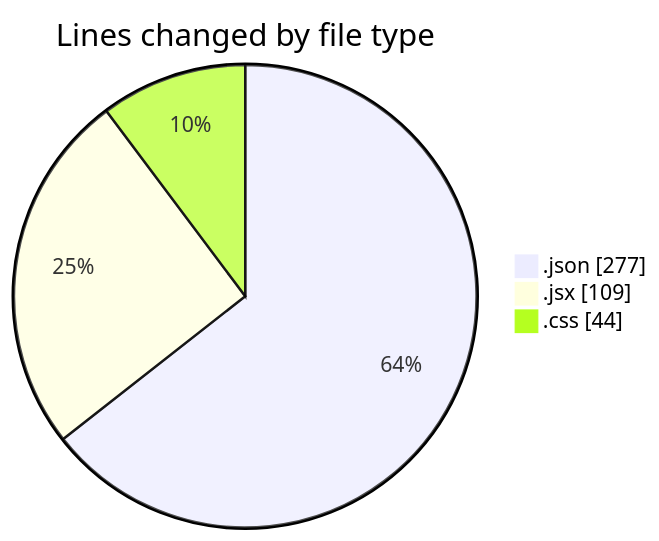
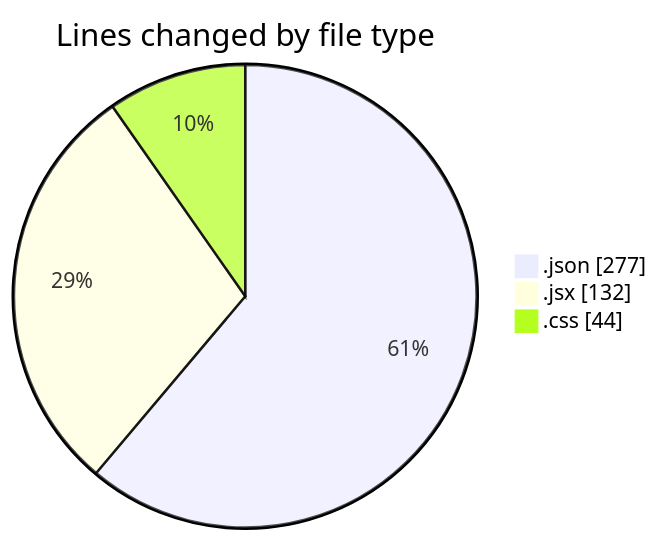
Before and after one commit to Elitesun/code-tracking: the first of 2 diagrams in 2025-02-11/react_ecom/README.md, drawn with Mermaid. The commit also changed other lines of this file and 1 other file, not shown here.

````diff
--- a/2025-02-11/react_ecom/README.md
+++ b/2025-02-11/react_ecom/README.md
@@ -25,7 +26,7 @@
 ```mermaid
 pie showData
 title Lines changed by file type
 ".json" : 277
-".jsx" : 109
+".jsx" : 132
 ".css" : 44
 ```
````
